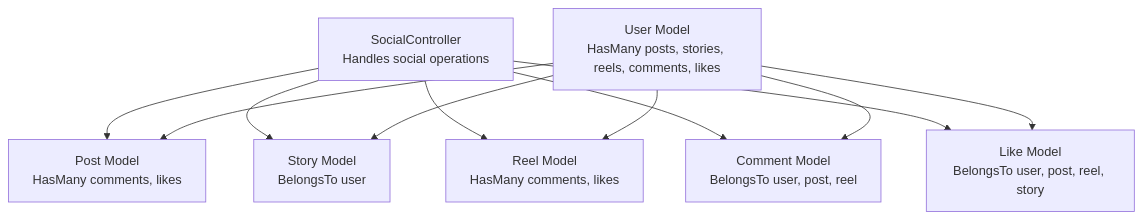
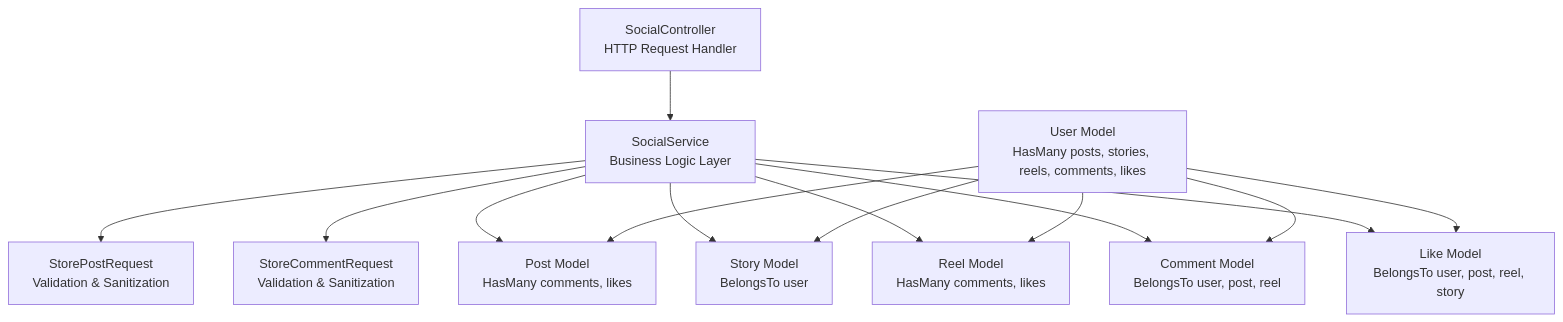
Before and after one commit to VenokM05/Travel_Project: the first of 16 diagrams in .qoder/repowiki/en/content/Social Features.md, drawn with Mermaid. The commit also changed other lines of this file and 12 other files, not shown here.

````diff
--- a/.qoder/repowiki/en/content/Social Features.md
+++ b/.qoder/repowiki/en/content/Social Features.md
@@ -62,13 +63,16 @@
 ```mermaid
 graph TB
-SC["SocialController<br/>Handles social operations"] --> P["Post Model<br/>HasMany comments, likes"]
-SC --> S["Story Model<br/>BelongsTo user"]
-SC --> R["Reel Model<br/>HasMany comments, likes"]
-SC --> C["Comment Model<br/>BelongsTo user, post, reel"]
-SC --> L["Like Model<br/>BelongsTo user, post, reel, story"]
+SC["SocialController<br/>HTTP Request Handler"] --> SS["SocialService<br/>Business Logic Layer"]
+SS --> SPR["StorePostRequest<br/>Validation & Sanitization"]
+SS --> SCR["StoreCommentRequest<br/>Validation & Sanitization"]
+SS --> P["Post Model<br/>HasMany comments, likes"]
+SS --> S["Story Model<br/>BelongsTo user"]
+SS --> R["Reel Model<br/>HasMany comments, likes"]
+SS --> C["Comment Model<br/>BelongsTo user, post, reel"]
+SS --> L["Like Model<br/>BelongsTo user, post, reel, story"]
 U["User Model<br/>HasMany posts, stories, reels, comments, likes"] --> P
 U --> S
 U --> R
 U --> C
 U --> L
 ```
````
